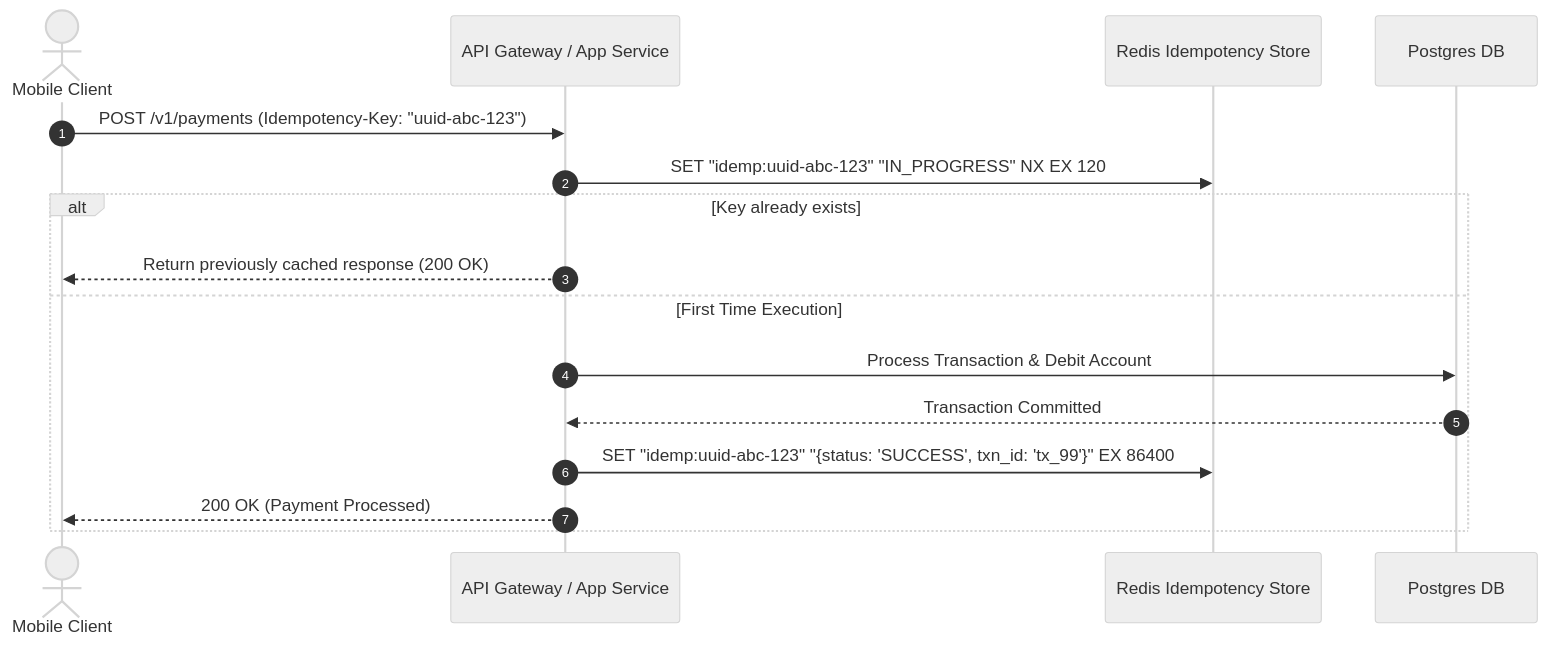
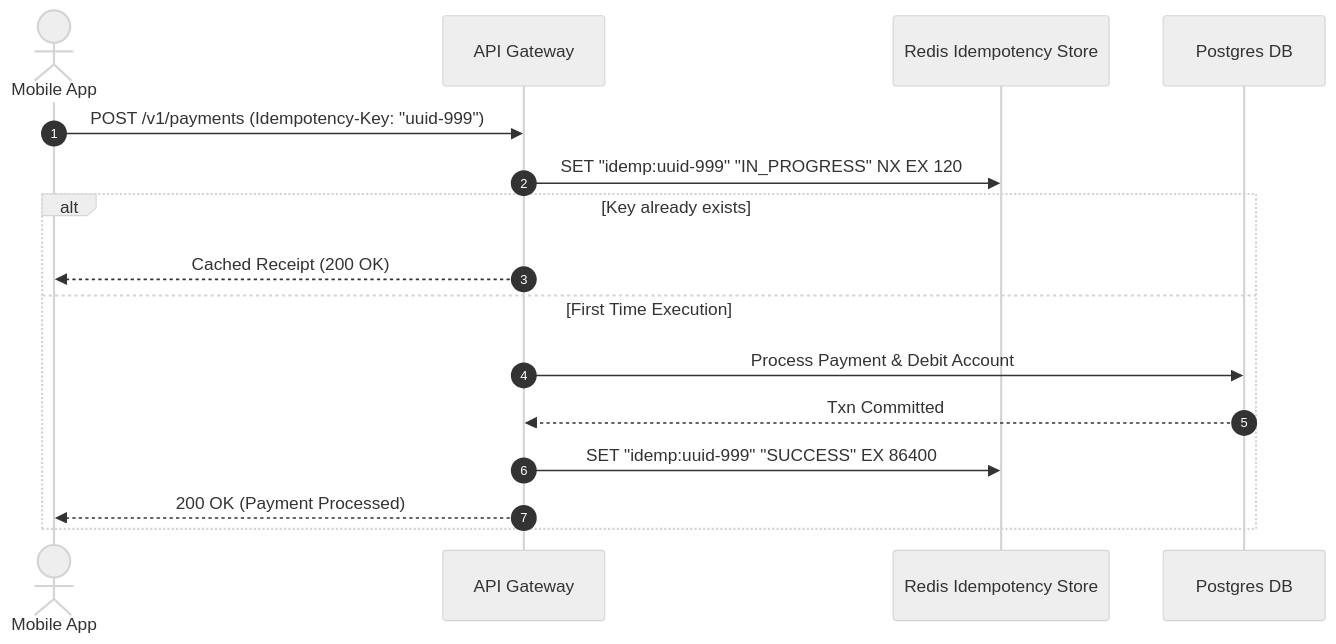
One commit to Sourav108/strivers-lld changed the third of 4 diagrams in strivers-hld/10-Distributed-Systems/README.md. Above: the diagram before and after it, drawn with Mermaid (neutral theme). The commit also changed other lines of this file and 39 other files, not shown here.

Commit message:
fix(mermaid): wrap node labels, simplify diamonds, and reformat wide diagrams for perfect GitHub rendering

````diff
--- a/strivers-hld/10-Distributed-Systems/README.md
+++ b/strivers-hld/10-Distributed-Systems/README.md
@@ -59,19 +59,19 @@
 ```mermaid
 sequenceDiagram
     autonumber
-    actor Client as Mobile Client
-    participant Gateway as API Gateway / App Service
+    actor Client as Mobile App
+    participant Gateway as API Gateway
     participant Redis as Redis Idempotency Store
     participant DB as Postgres DB
 
-    Client->>Gateway: POST /v1/payments (Idempotency-Key: "uuid-abc-123")
-    Gateway->>Redis: SET "idemp:uuid-abc-123" "IN_PROGRESS" NX EX 120
+    Client->>Gateway: POST /v1/payments (Idempotency-Key: "uuid-999")
+    Gateway->>Redis: SET "idemp:uuid-999" "IN_PROGRESS" NX EX 120
     alt Key already exists
-        Gateway-->>Client: Return previously cached response (200 OK)
+        Gateway-->>Client: Cached Receipt (200 OK)
     else First Time Execution
-        Gateway->>DB: Process Transaction & Debit Account
-        DB-->>Gateway: Transaction Committed
-        Gateway->>Redis: SET "idemp:uuid-abc-123" "{status: 'SUCCESS', txn_id: 'tx_99'}" EX 86400
+        Gateway->>DB: Process Payment & Debit Account
+        DB-->>Gateway: Txn Committed
+        Gateway->>Redis: SET "idemp:uuid-999" "SUCCESS" EX 86400
         Gateway-->>Client: 200 OK (Payment Processed)
     end
 ```
````
